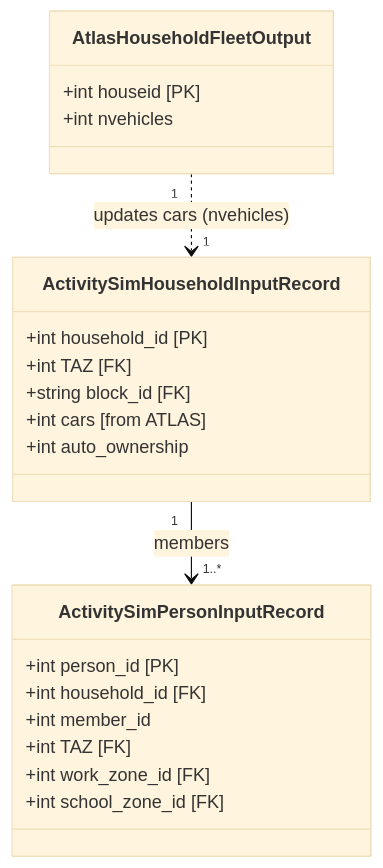
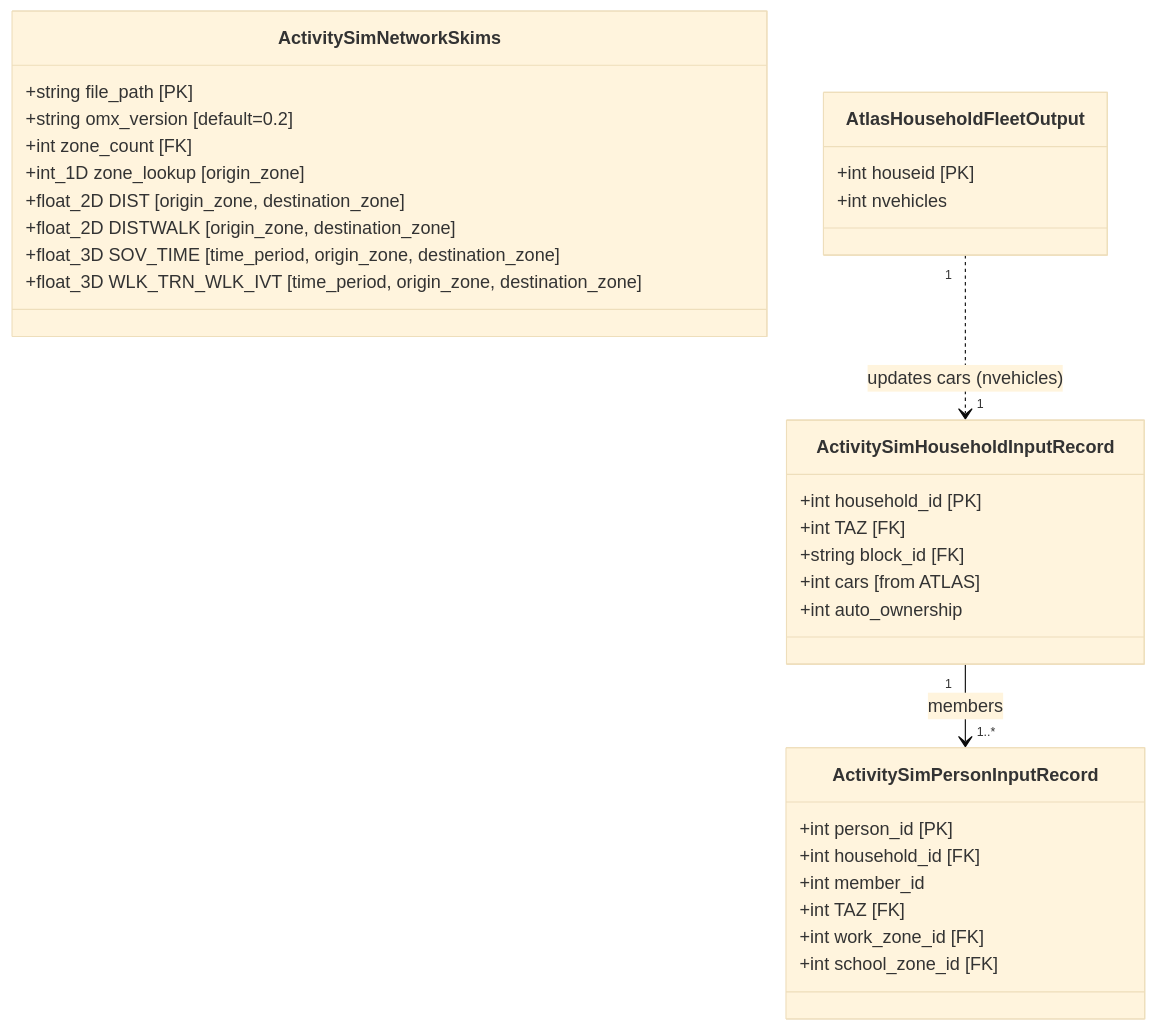
One commit to LBNL-UCB-STI/synergy-schema changed the eighth of 10 diagrams in docs/cross-model-mappings/deliverable_1_uml.md. Above: the diagram before and after it, drawn with Mermaid (base theme). The commit also changed other lines of this file and 15 other files, not shown here.

Commit message:
Model canonical OMX/Zarr skim structure and provisional mode split for ActivitySim and BEAM

````diff
--- a/docs/cross-model-mappings/deliverable_1_uml.md
+++ b/docs/cross-model-mappings/deliverable_1_uml.md
@@ -497,27 +498,38 @@
 ```mermaid
 classDiagram
     class ActivitySimHouseholdInputRecord {
         +int household_id [PK]
         +int TAZ [FK]
         +string block_id [FK]
         +int cars [from ATLAS]
         +int auto_ownership
     }
     class ActivitySimPersonInputRecord {
         +int person_id [PK]
         +int household_id [FK]
         +int member_id
         +int TAZ [FK]
         +int work_zone_id [FK]
         +int school_zone_id [FK]
     }
+    class ActivitySimNetworkSkims {
+        +string file_path [PK]
+        +string omx_version [default=0.2]
+        +int zone_count [FK]
+        +int_1D zone_lookup [origin_zone]
+        +float_2D DIST [origin_zone, destination_zone]
+        +float_2D DISTWALK [origin_zone, destination_zone]
+        +float_3D SOV_TIME [time_period, origin_zone, destination_zone]
+        +float_3D WLK_TRN_WLK_IVT [time_period, origin_zone, destination_zone]
+    }
     class AtlasHouseholdFleetOutput {
         +int houseid [PK]
         +int nvehicles
     }
     ActivitySimHouseholdInputRecord "1" --> "1..*" ActivitySimPersonInputRecord : members
     AtlasHouseholdFleetOutput "1" ..> "1" ActivitySimHouseholdInputRecord : updates cars (nvehicles)
     link ActivitySimHouseholdInputRecord "../schema/ActivitySimHouseholdInputRecord/" "View ActivitySimHouseholdInputRecord LinkML documentation"
     link ActivitySimPersonInputRecord "../schema/ActivitySimPersonInputRecord/" "View ActivitySimPersonInputRecord LinkML documentation"
+    link ActivitySimNetworkSkims "../schema/ActivitySimNetworkSkims/" "View ActivitySimNetworkSkims LinkML documentation"
     link AtlasHouseholdFleetOutput "../schema/AtlasHouseholdFleetOutput/" "View AtlasHouseholdFleetOutput LinkML documentation"
 ```
````
